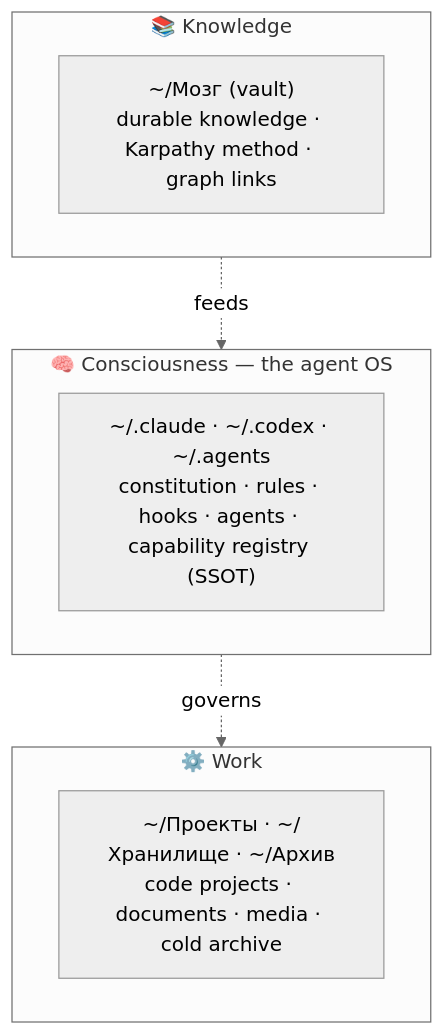
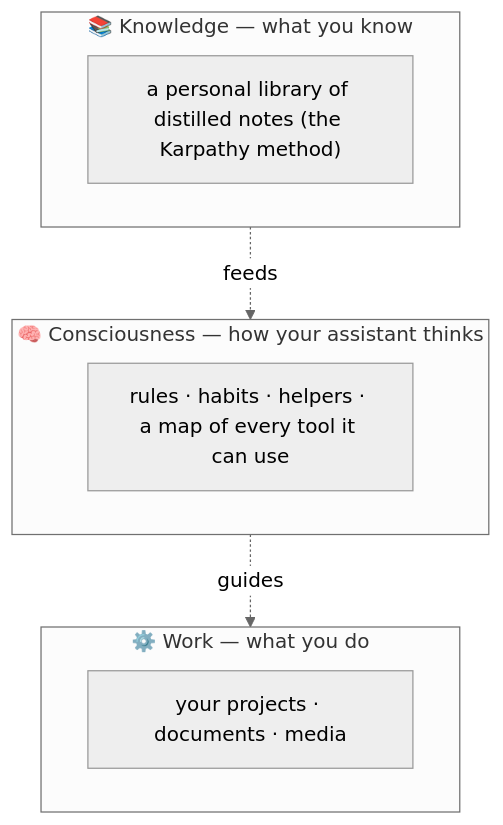
The second of 5 diagrams in README.md (zarubinphil/athena), drawn with Mermaid (neutral theme) before and after one commit. The commit also changed other lines of this file and 7 other files, not shown here.

````diff
--- a/README.md
+++ b/README.md
@@ -52,14 +76,14 @@
 ```mermaid
 flowchart TB
-  subgraph P1["🧠 Consciousness — the agent OS"]
-    C["~/.claude · ~/.codex · ~/.agents<br/>constitution · rules · hooks · agents · capability registry (SSOT)"]
+  subgraph P1["🧠 Consciousness — how your assistant thinks"]
+    C["rules · habits · helpers · a map of every tool it can use"]
   end
-  subgraph P2["📚 Knowledge"]
-    K["~/Мозг (vault)<br/>durable knowledge · Karpathy method · graph links"]
+  subgraph P2["📚 Knowledge — what you know"]
+    K["a personal library of distilled notes (the Karpathy method)"]
   end
-  subgraph P3["⚙️ Work"]
-    W["~/Проекты · ~/Хранилище · ~/Архив<br/>code projects · documents · media · cold archive"]
+  subgraph P3["⚙️ Work — what you do"]
+    W["your projects · documents · media"]
   end
-  P1 -.governs.-> P3
+  P1 -.guides.-> P3
   P2 -.feeds.-> P1
 ```
````
